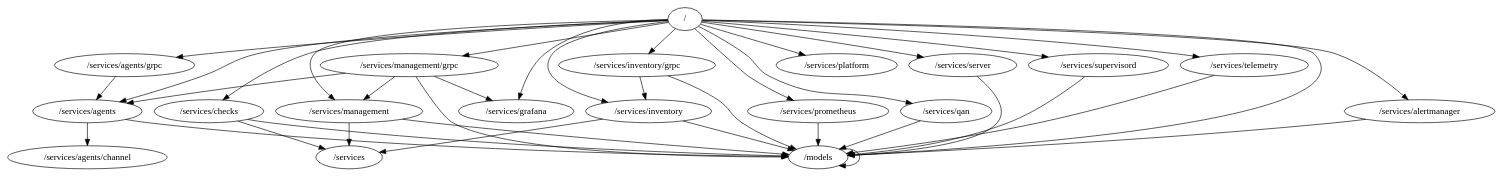
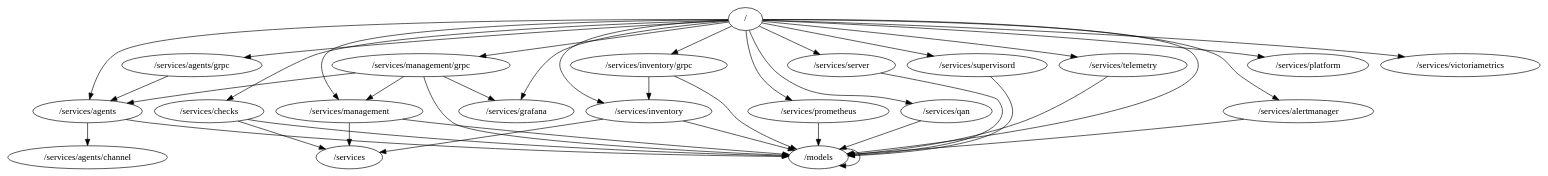
The diagram in packages.dot (percona/pmm-managed), drawn with Graphviz before and after one commit. The commit also changed 19 other files, not shown here.

```diff
--- a/packages.dot
+++ b/packages.dot
@@ -1,40 +1,41 @@
 digraph packages {
 	"/" -> "/models";
 	"/" -> "/services/agents";
 	"/" -> "/services/agents/grpc";
 	"/" -> "/services/alertmanager";
 	"/" -> "/services/checks";
 	"/" -> "/services/grafana";
 	"/" -> "/services/inventory";
 	"/" -> "/services/inventory/grpc";
 	"/" -> "/services/management";
 	"/" -> "/services/management/grpc";
 	"/" -> "/services/platform";
 	"/" -> "/services/prometheus";
 	"/" -> "/services/qan";
 	"/" -> "/services/server";
 	"/" -> "/services/supervisord";
 	"/" -> "/services/telemetry";
+	"/" -> "/services/victoriametrics";
 	"/models" -> "/models";
 	"/services/agents" -> "/models";
 	"/services/agents" -> "/services/agents/channel";
 	"/services/agents/grpc" -> "/services/agents";
 	"/services/alertmanager" -> "/models";
 	"/services/checks" -> "/models";
 	"/services/checks" -> "/services";
 	"/services/inventory" -> "/models";
 	"/services/inventory" -> "/services";
 	"/services/inventory/grpc" -> "/models";
 	"/services/inventory/grpc" -> "/services/inventory";
 	"/services/management" -> "/models";
 	"/services/management" -> "/services";
 	"/services/management/grpc" -> "/models";
 	"/services/management/grpc" -> "/services/agents";
 	"/services/management/grpc" -> "/services/grafana";
 	"/services/management/grpc" -> "/services/management";
 	"/services/prometheus" -> "/models";
 	"/services/qan" -> "/models";
 	"/services/server" -> "/models";
 	"/services/supervisord" -> "/models";
 	"/services/telemetry" -> "/models";
 }
```
